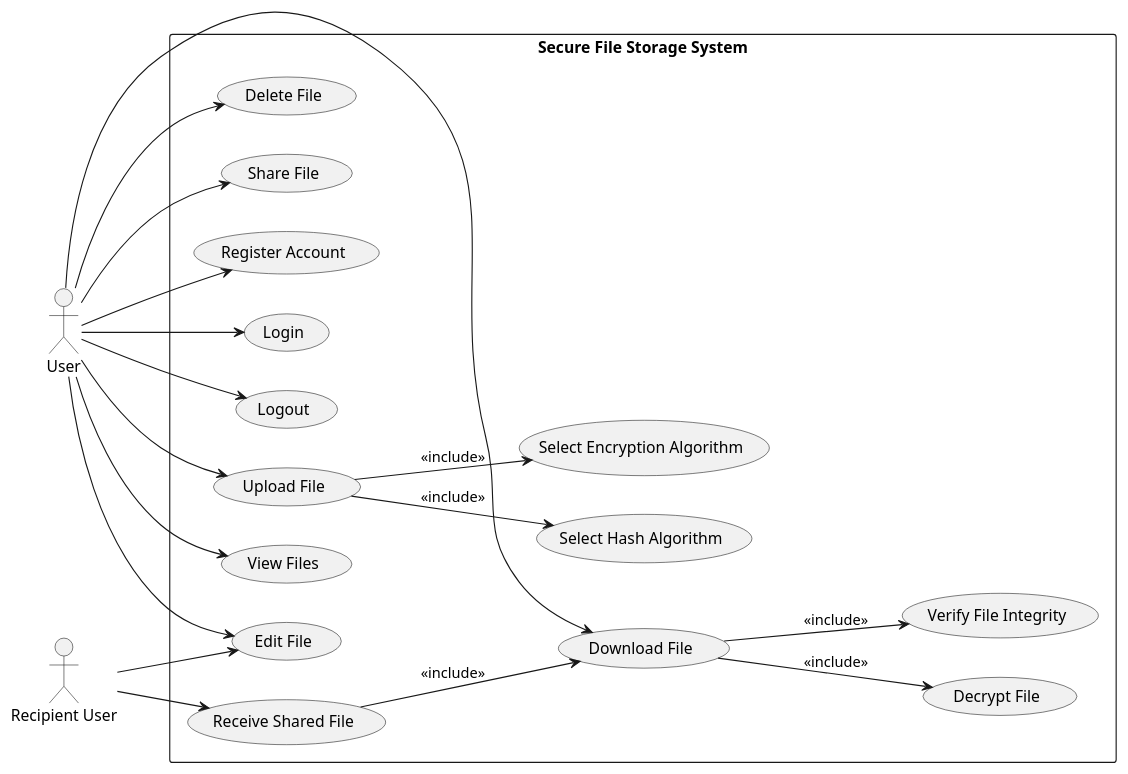
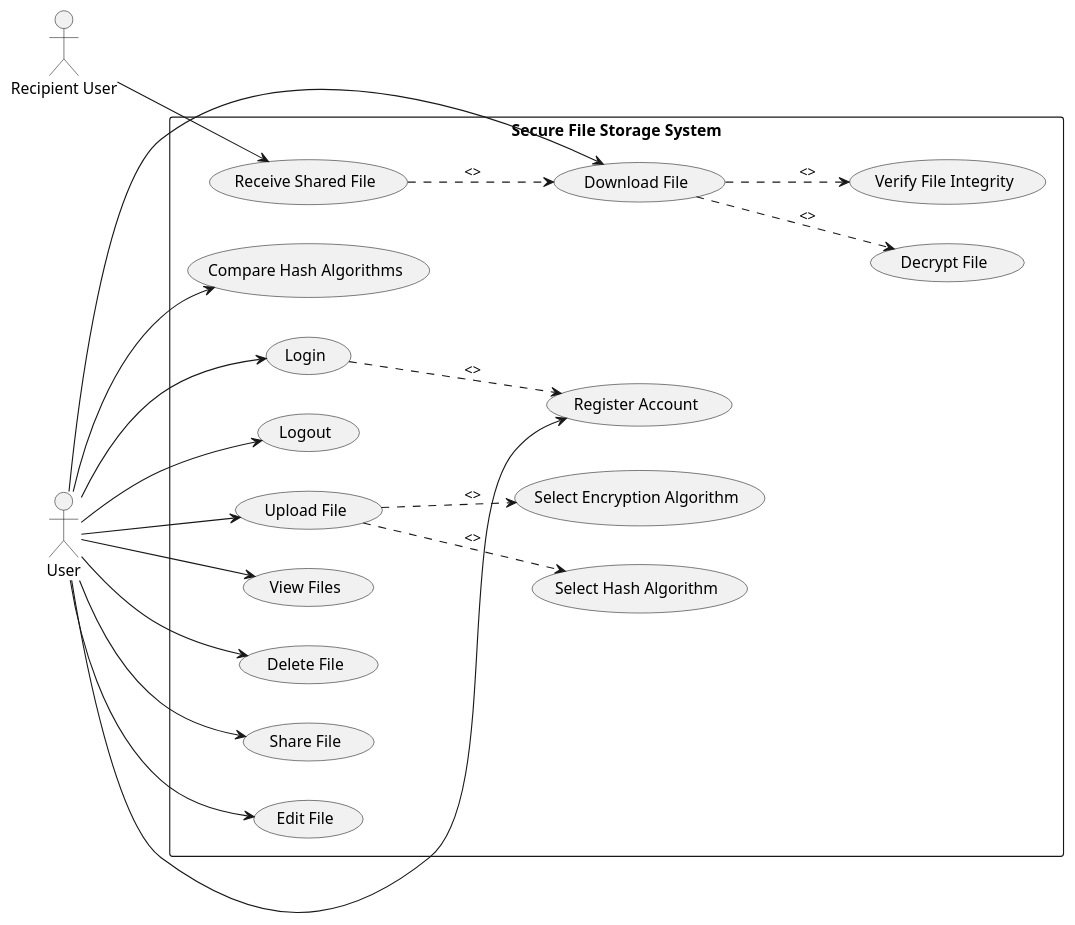
Before and after one commit to codedsami/SOEN-321-Project: the diagram in docs/plantuml/use-case.puml, drawn with PlantUML. The commit also changed 9 other files, not shown here.

```diff
--- a/docs/plantuml/use-case.puml
+++ b/docs/plantuml/use-case.puml
@@ -1,51 +1,42 @@
 @startuml
 left to right direction
-
 actor User
 actor "Recipient User" as Recipient
 
 rectangle "Secure File Storage System" {
-
     (Register Account) as UC1
     (Login) as UC2
     (Logout) as UC3
-
     (Upload File) as UC4
     (Select Encryption Algorithm) as UC5
     (Select Hash Algorithm) as UC6
-
     (View Files) as UC7
     (Delete File) as UC8
-
     (Download File) as UC9
     (Decrypt File) as UC10
     (Verify File Integrity) as UC11
-
     (Share File) as UC12
     (Receive Shared File) as UC13
     (Edit File) as UC14
+    (Compare Hash Algorithms) as UC15
 }
 
 User --> UC1
 User --> UC2
+UC2 ..> UC1 : <>
 User --> UC3
-
 User --> UC4
-UC4 --> UC5 : <<include>>
-UC4 --> UC6 : <<include>>
-
+UC4 ..> UC5 : <>
+UC4 ..> UC6 : <>
 User --> UC7
 User --> UC8
-
 User --> UC9
-UC9 --> UC10 : <<include>>
-UC9 --> UC11 : <<include>>
-
+UC9 ..> UC10 : <>
+UC9 ..> UC11 : <>
 User --> UC12
 User --> UC14
+User --> UC15
 
 Recipient --> UC13
-Recipient --> UC14
-
-UC13 --> UC9 : <<include>>
+UC13 ..> UC9 : <>
 @enduml
```
